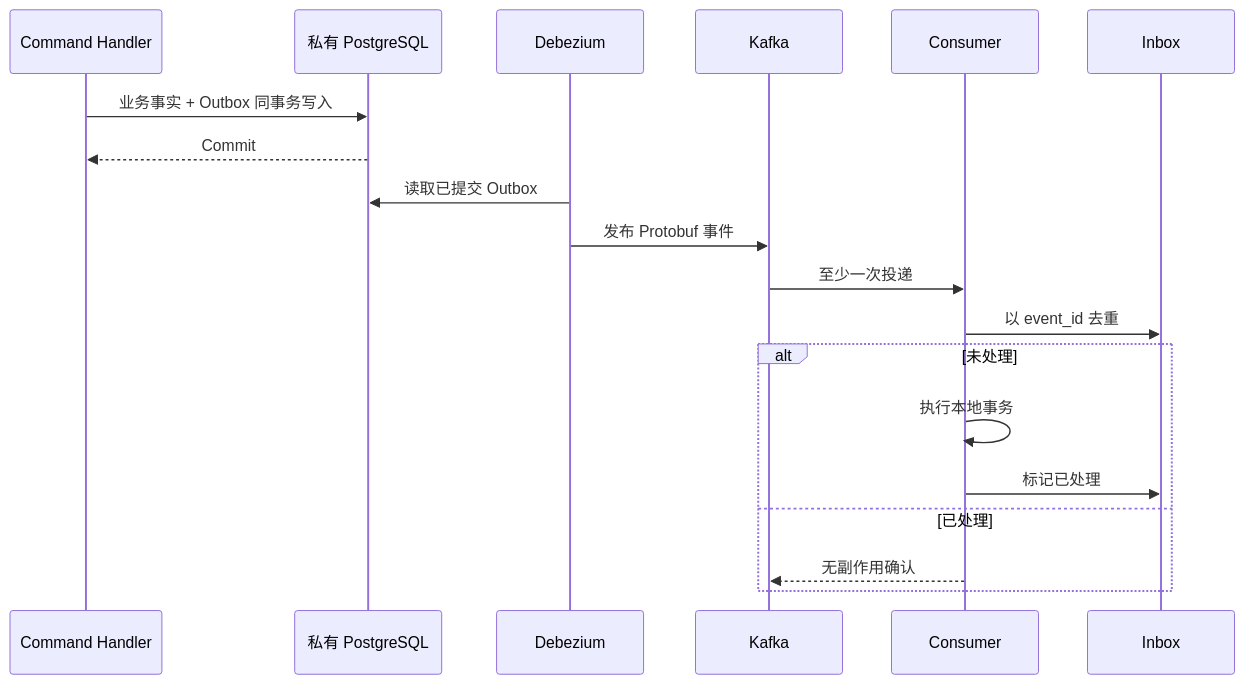
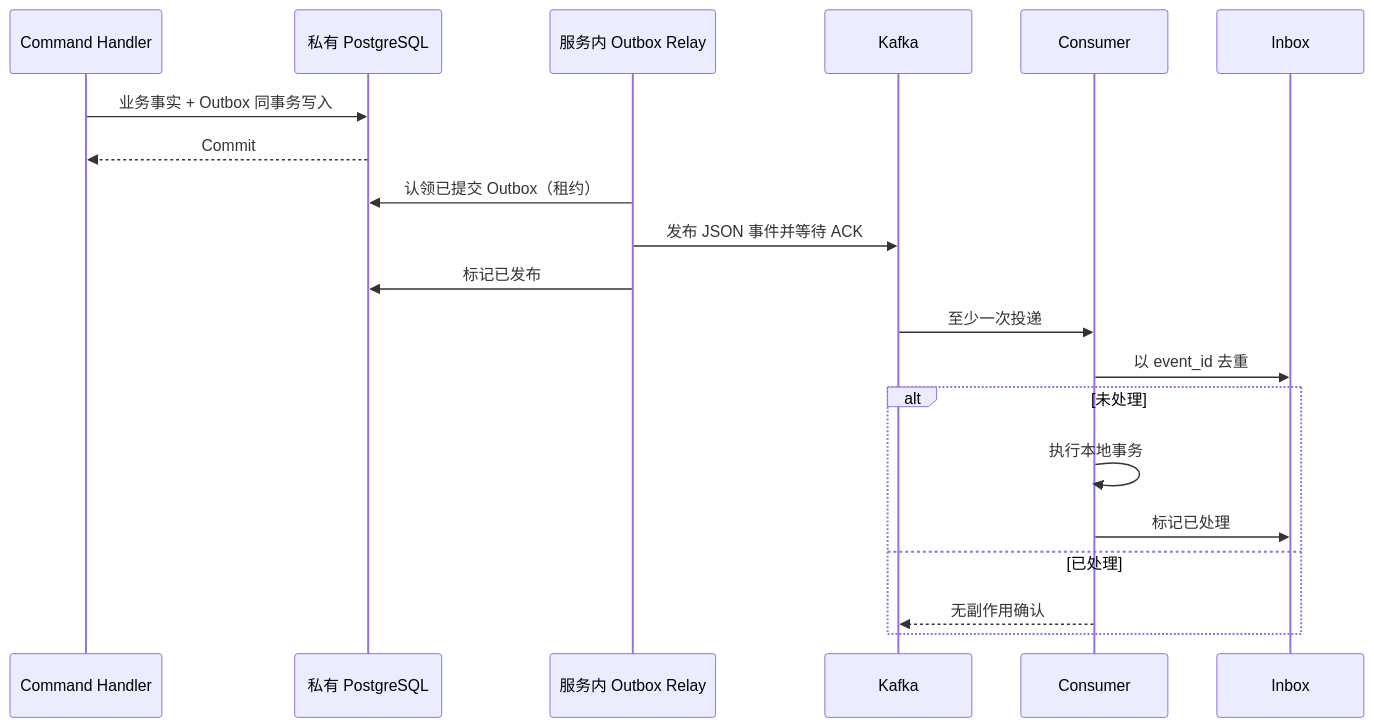
Before and after one commit to LXHeart/y-1: the fourth of 10 diagrams in docs/架构/草场系统技术总体设计（HLD-v0.1）.md, drawn with Mermaid. The commit also changed other lines of this file and 24 other files, not shown here.

````diff
--- a/docs/架构/草场系统技术总体设计（HLD-v0.1）.md
+++ b/docs/架构/草场系统技术总体设计（HLD-v0.1）.md
@@ -471,22 +488,23 @@
 ```mermaid
 sequenceDiagram
   participant App as Command Handler
   participant DB as 私有 PostgreSQL
-  participant Debezium as Debezium
+  participant Relay as 服务内 Outbox Relay
   participant Kafka as Kafka
   participant Consumer as Consumer
   participant Inbox as Inbox
 
   App->>DB: 业务事实 + Outbox 同事务写入
   DB-->>App: Commit
-  Debezium->>DB: 读取已提交 Outbox
-  Debezium->>Kafka: 发布 Protobuf 事件
+  Relay->>DB: 认领已提交 Outbox（租约）
+  Relay->>Kafka: 发布 JSON 事件并等待 ACK
+  Relay->>DB: 标记已发布
   Kafka->>Consumer: 至少一次投递
   Consumer->>Inbox: 以 event_id 去重
   alt 未处理
     Consumer->>Consumer: 执行本地事务
     Consumer->>Inbox: 标记已处理
   else 已处理
     Consumer-->>Kafka: 无副作用确认
   end
 ```
````
